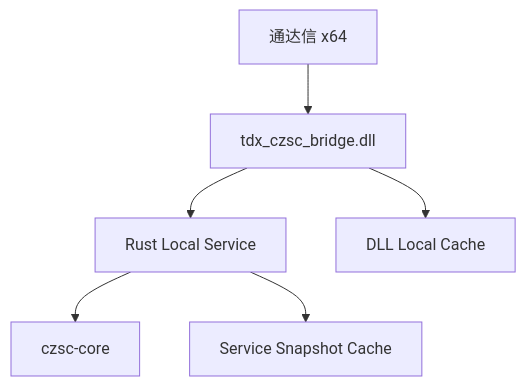
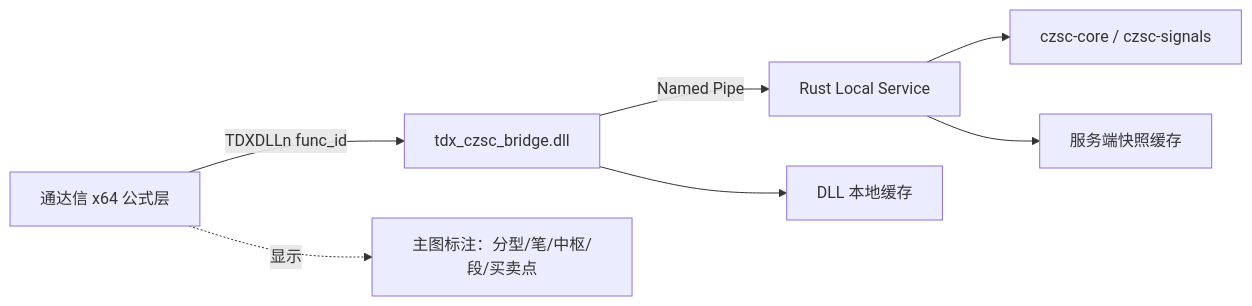
One commit to skitta/tdx_czsc changed the diagram in README.md. Above: the diagram before and after it, drawn with Mermaid. The commit also changed other lines of this file, not shown here.

````diff
--- a/README.md
+++ b/README.md
@@ -53,8 +42,9 @@
 ```mermaid
-flowchart TD
-    A[通达信 x64] --> B[tdx_czsc_bridge.dll]
-    B --> C[Rust Local Service]
-    C --> D[czsc-core]
-    C --> E[Service Snapshot Cache]
-    B --> F[DLL Local Cache]
+flowchart LR
+    A[通达信 x64 公式层] -->|TDXDLLn func_id| B[tdx_czsc_bridge.dll]
+    B -->|Named Pipe| C[Rust Local Service]
+    C --> D[czsc-core / czsc-signals]
+    C --> E[服务端快照缓存]
+    B --> F[DLL 本地缓存]
+    A -.->|显示| G[主图标注：分型/笔/中枢/段/买卖点]
 ```
````
